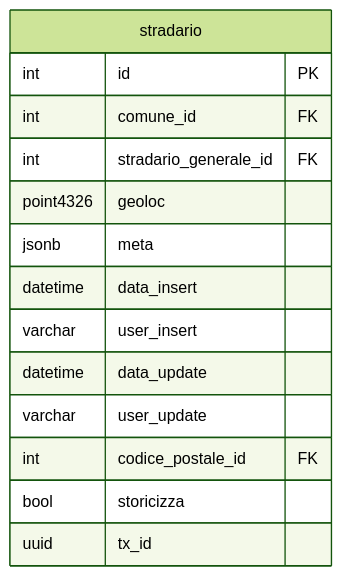
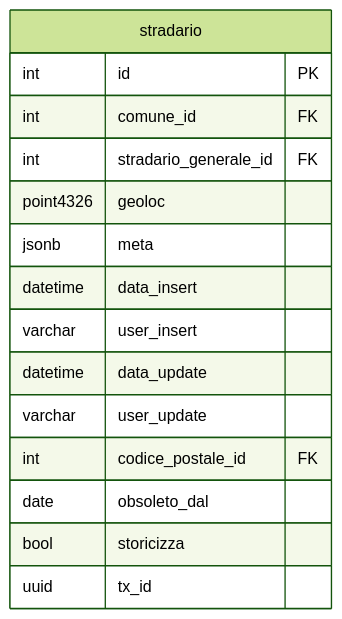
Before and after one commit to Tito-it/ZeroErp: the second of 2 diagrams in docs/it/dbzero/config/manual/stradario.md, drawn with Mermaid (forest theme). The commit also changed other lines of this file and 64 other files, not shown here.

````diff
--- a/docs/it/dbzero/config/manual/stradario.md
+++ b/docs/it/dbzero/config/manual/stradario.md
@@ -80,19 +113,20 @@
 ```mermaid
 %%{init: {'er': {'layoutDirection': 'TB'}}}%%
 erDiagram
     stradario {
         int       id PK
         int       comune_id FK
         int       stradario_generale_id FK
         point4326 geoloc
         jsonb     meta
         datetime  data_insert
         varchar   user_insert
         datetime  data_update
         varchar   user_update
         int       codice_postale_id FK
+        date      obsoleto_dal
         bool      storicizza
         uuid      tx_id
     }
 
 ```
````
